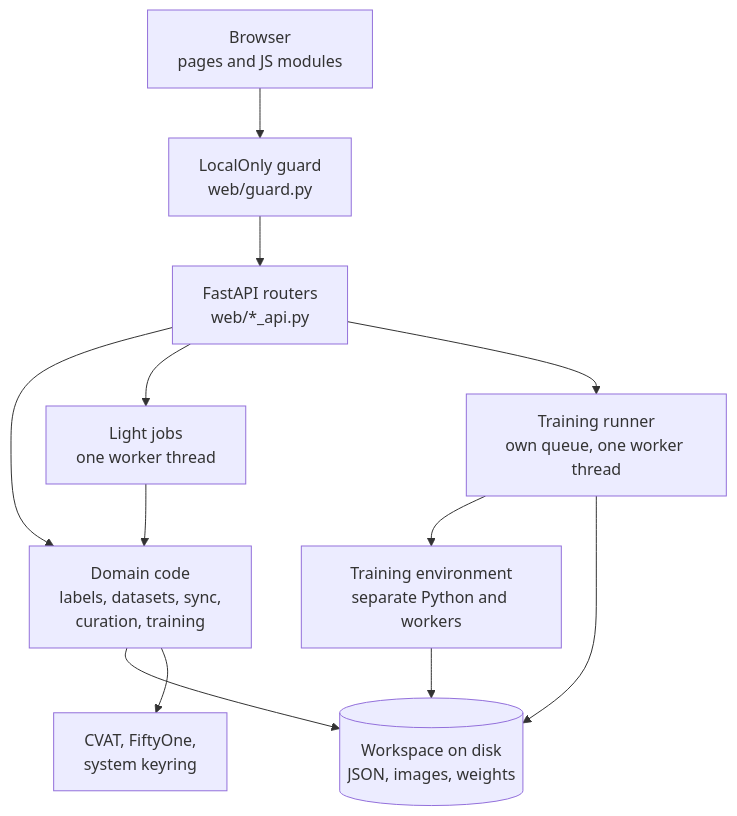
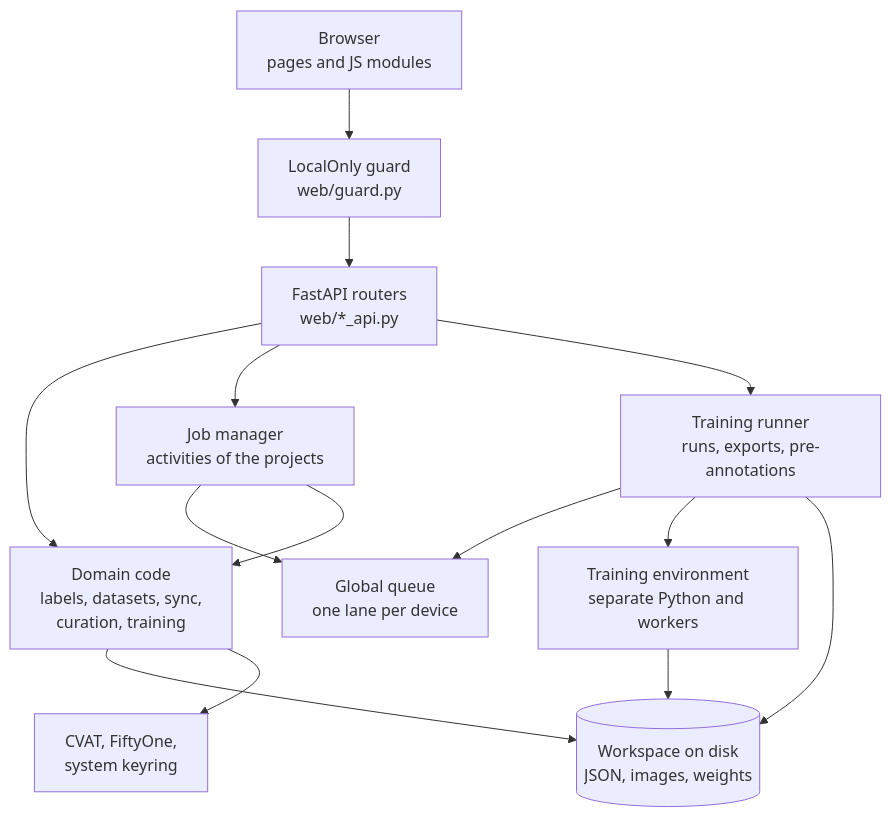
The first of 8 diagrams in docs/ARCHITECTURE.md (karemdm/activelabel), drawn with Mermaid before and after one commit. The commit also changed other lines of this file and 5 other files, not shown here.

Commit message:
docs: the global work queue, its lanes, limits, restart and API (#604)

````diff
--- a/docs/ARCHITECTURE.md
+++ b/docs/ARCHITECTURE.md
@@ -11,23 +11,26 @@
 ```mermaid
 flowchart TB
   UI["Browser<br/>pages and JS modules"]
   GRD["LocalOnly guard<br/>web/guard.py"]
   API["FastAPI routers<br/>web/*_api.py"]
   DOM["Domain code<br/>labels, datasets, sync,<br/>curation, training"]
-  JOB["Light jobs<br/>one worker thread"]
-  RUN["Training runner<br/>own queue, one worker thread"]
+  JOB["Job manager<br/>activities of the projects"]
+  RUN["Training runner<br/>runs, exports, pre-annotations"]
+  SCH["Global queue<br/>one lane per device"]
   ENV["Training environment<br/>separate Python and workers"]
   DISK[("Workspace on disk<br/>JSON, images, weights")]
   EXT["CVAT, FiftyOne,<br/>system keyring"]
   UI --> GRD
   GRD --> API
   API --> DOM
   API --> JOB
   API --> RUN
+  JOB --> SCH
+  RUN --> SCH
   JOB --> DOM
   DOM --> DISK
   DOM --> EXT
   RUN --> ENV
   RUN --> DISK
   ENV --> DISK
 ```
````
